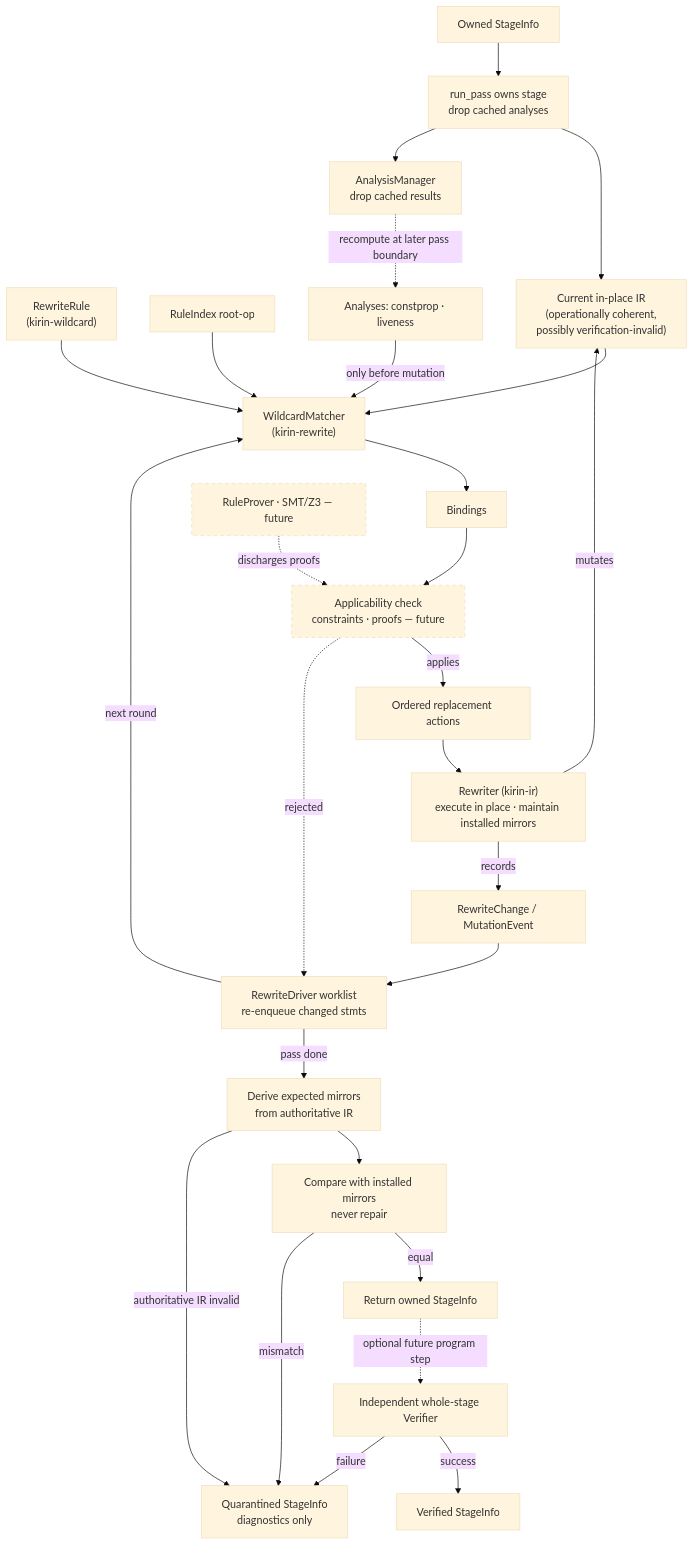
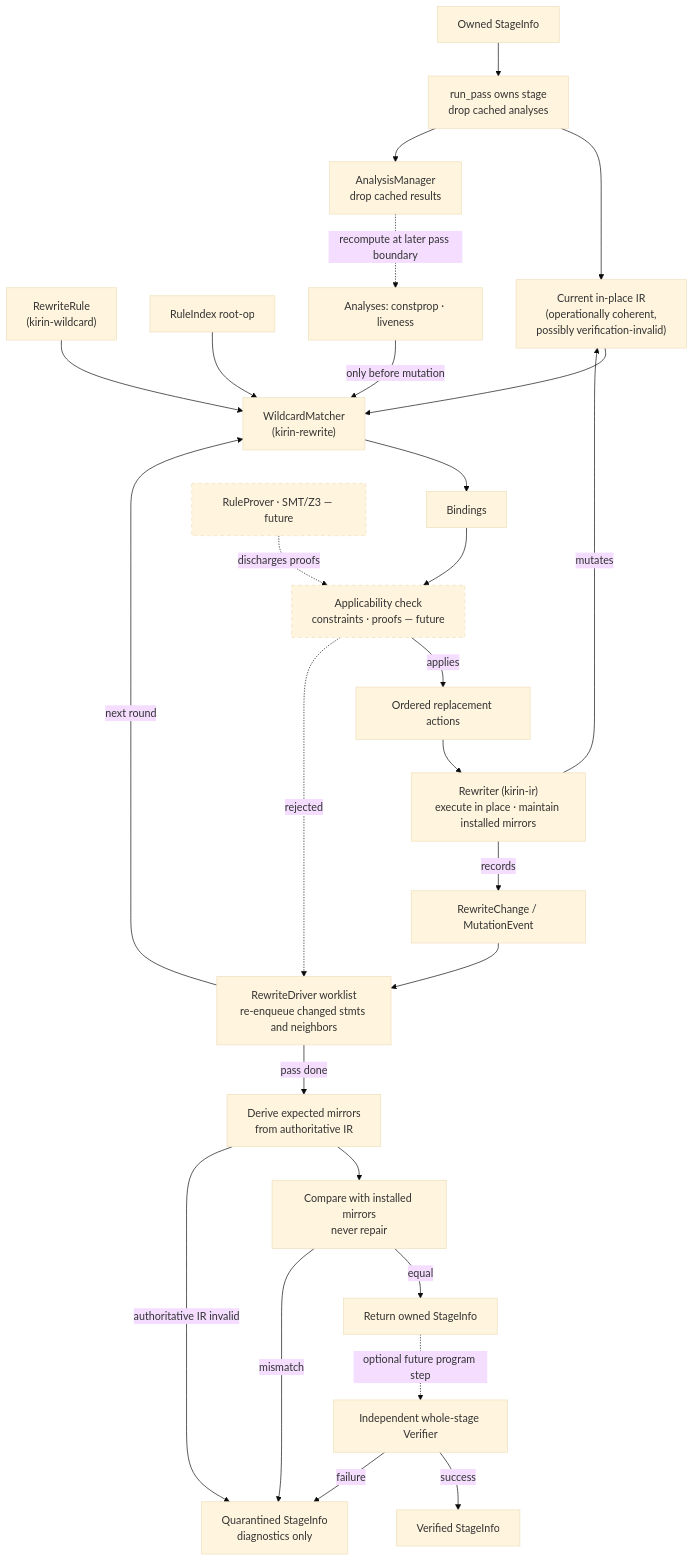
The second of 3 diagrams in docs/design/rewrite-engine.md (QuEraComputing/kirin), drawn with Mermaid (base theme) before and after one commit. The commit also changed other lines of this file and 23 other files, not shown here.

First line of the commit message:
feat(rewrite): worklist-based fixpoint driver (#854)

````diff
--- a/docs/design/rewrite-engine.md
+++ b/docs/design/rewrite-engine.md
@@ -164,32 +164,32 @@
 ```mermaid
 flowchart TB
   PUB["Owned StageInfo"] --> OWN["run_pass owns stage<br/>drop cached analyses"]
   RR["RewriteRule<br/>(kirin-wildcard)"] --> M["WildcardMatcher<br/>(kirin-rewrite)"]
   RI["RuleIndex root-op"] --> M
   OWN --> IRIN["Current in-place IR<br/>(operationally coherent,<br/>possibly verification-invalid)"]
   IRIN --> M
   M --> B["Bindings"]
   B --> CHK["Applicability check<br/>constraints · proofs — future"]
   CHK -->|applies| ACT["Ordered replacement actions"]
   CHK -.->|rejected| DRV
   ACT --> RW["Rewriter (kirin-ir)<br/>execute in place · maintain installed mirrors"]
   RW -->|mutates| IRIN
   RW -->|records| EV["RewriteChange / MutationEvent"]
-  EV --> DRV["RewriteDriver worklist<br/>re-enqueue changed stmts"]
+  EV --> DRV["RewriteDriver worklist<br/>re-enqueue changed stmts and neighbors"]
   DRV -->|next round| M
   DRV -->|pass done| DER["Derive expected mirrors<br/>from authoritative IR"]
   DER --> CMP["Compare with installed mirrors<br/>never repair"]
   CMP -->|equal| OUT["Return owned StageInfo"]
   DER -->|authoritative IR invalid| ABT["Quarantined StageInfo<br/>diagnostics only"]
   CMP -->|mismatch| ABT
   OUT -.->|optional future program step| VER["Independent whole-stage Verifier"]
   VER -->|success| VOUT["Verified StageInfo"]
   VER -->|failure| ABT
   OWN --> AM["AnalysisManager<br/>drop cached results"]
   ANA["Analyses: constprop · liveness"] -->|only before mutation| M
   AM -.->|recompute at later pass boundary| ANA
   RB["RuleProver · SMT/Z3 — future"] -.->|discharges proofs| CHK
 
   style CHK stroke-dasharray: 5 5
   style RB stroke-dasharray: 5 5
 ```
````
